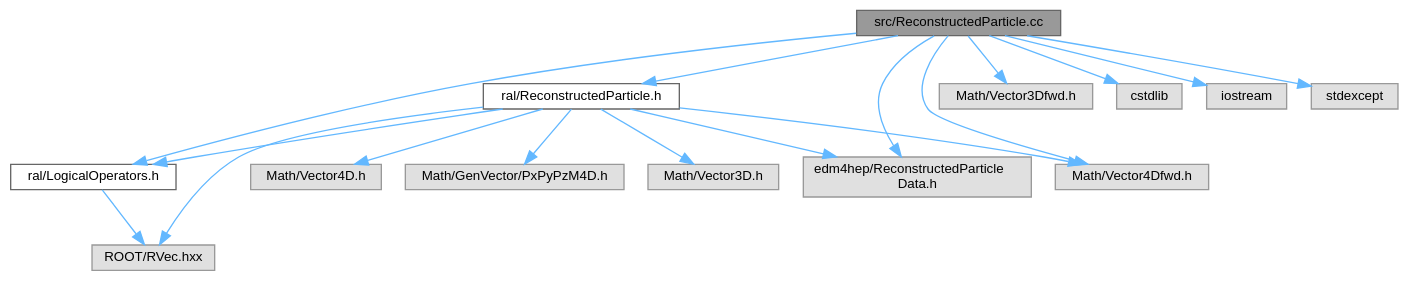
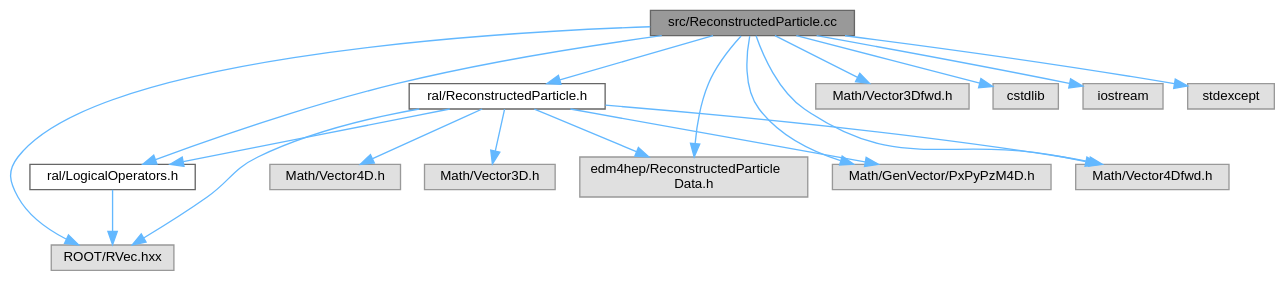
Before and after one commit to Juanki0396/ral: the diagram in docs/ReconstructedParticle_8cc__incl.dot, drawn with Graphviz. The commit also changed 9 other files, not shown here.

```diff
--- a/docs/ReconstructedParticle_8cc__incl.dot
+++ b/docs/ReconstructedParticle_8cc__incl.dot
@@ -1,36 +1,38 @@
 digraph "src/ReconstructedParticle.cc"
 {
  // LATEX_PDF_SIZE
   bgcolor="transparent";
   edge [fontname=Helvetica,fontsize=10,labelfontname=Helvetica,labelfontsize=10];
   node [fontname=Helvetica,fontsize=10,shape=box,height=0.2,width=0.4];
   Node1 [id="Node000001",label="src/ReconstructedParticle.cc",height=0.2,width=0.4,color="gray40", fillcolor="grey60", style="filled", fontcolor="black",tooltip=" "];
   Node1 -> Node2 [id="edge1_Node000001_Node000002",color="steelblue1",style="solid",tooltip=" "];
   Node2 [id="Node000002",label="ral/ReconstructedParticle.h",height=0.2,width=0.4,color="grey40", fillcolor="white", style="filled",URL="$ReconstructedParticle_8h.html",tooltip=" "];
   Node2 -> Node3 [id="edge2_Node000002_Node000003",color="steelblue1",style="solid",tooltip=" "];
   Node3 [id="Node000003",label="Math/Vector3D.h",height=0.2,width=0.4,color="grey60", fillcolor="#E0E0E0", style="filled",tooltip=" "];
   Node2 -> Node4 [id="edge3_Node000002_Node000004",color="steelblue1",style="solid",tooltip=" "];
   Node4 [id="Node000004",label="Math/Vector4D.h",height=0.2,width=0.4,color="grey60", fillcolor="#E0E0E0", style="filled",tooltip=" "];
   Node2 -> Node5 [id="edge4_Node000002_Node000005",color="steelblue1",style="solid",tooltip=" "];
   Node5 [id="Node000005",label="ROOT/RVec.hxx",height=0.2,width=0.4,color="grey60", fillcolor="#E0E0E0", style="filled",tooltip=" "];
   Node2 -> Node6 [id="edge5_Node000002_Node000006",color="steelblue1",style="solid",tooltip=" "];
   Node6 [id="Node000006",label="edm4hep/ReconstructedParticle\lData.h",height=0.2,width=0.4,color="grey60", fillcolor="#E0E0E0", style="filled",tooltip=" "];
   Node2 -> Node7 [id="edge6_Node000002_Node000007",color="steelblue1",style="solid",tooltip=" "];
   Node7 [id="Node000007",label="ral/LogicalOperators.h",height=0.2,width=0.4,color="grey40", fillcolor="white", style="filled",URL="$LogicalOperators_8h.html",tooltip=" "];
   Node7 -> Node5 [id="edge7_Node000007_Node000005",color="steelblue1",style="solid",tooltip=" "];
   Node2 -> Node8 [id="edge8_Node000002_Node000008",color="steelblue1",style="solid",tooltip=" "];
   Node8 [id="Node000008",label="Math/GenVector/PxPyPzM4D.h",height=0.2,width=0.4,color="grey60", fillcolor="#E0E0E0", style="filled",tooltip=" "];
   Node2 -> Node9 [id="edge9_Node000002_Node000009",color="steelblue1",style="solid",tooltip=" "];
   Node9 [id="Node000009",label="Math/Vector4Dfwd.h",height=0.2,width=0.4,color="grey60", fillcolor="#E0E0E0", style="filled",tooltip=" "];
   Node1 -> Node7 [id="edge10_Node000001_Node000007",color="steelblue1",style="solid",tooltip=" "];
-  Node1 -> Node10 [id="edge11_Node000001_Node000010",color="steelblue1",style="solid",tooltip=" "];
+  Node1 -> Node8 [id="edge11_Node000001_Node000008",color="steelblue1",style="solid",tooltip=" "];
+  Node1 -> Node10 [id="edge12_Node000001_Node000010",color="steelblue1",style="solid",tooltip=" "];
   Node10 [id="Node000010",label="Math/Vector3Dfwd.h",height=0.2,width=0.4,color="grey60", fillcolor="#E0E0E0", style="filled",tooltip=" "];
-  Node1 -> Node9 [id="edge12_Node000001_Node000009",color="steelblue1",style="solid",tooltip=" "];
-  Node1 -> Node11 [id="edge13_Node000001_Node000011",color="steelblue1",style="solid",tooltip=" "];
+  Node1 -> Node9 [id="edge13_Node000001_Node000009",color="steelblue1",style="solid",tooltip=" "];
+  Node1 -> Node5 [id="edge14_Node000001_Node000005",color="steelblue1",style="solid",tooltip=" "];
+  Node1 -> Node11 [id="edge15_Node000001_Node000011",color="steelblue1",style="solid",tooltip=" "];
   Node11 [id="Node000011",label="cstdlib",height=0.2,width=0.4,color="grey60", fillcolor="#E0E0E0", style="filled",tooltip=" "];
-  Node1 -> Node6 [id="edge14_Node000001_Node000006",color="steelblue1",style="solid",tooltip=" "];
-  Node1 -> Node12 [id="edge15_Node000001_Node000012",color="steelblue1",style="solid",tooltip=" "];
+  Node1 -> Node6 [id="edge16_Node000001_Node000006",color="steelblue1",style="solid",tooltip=" "];
+  Node1 -> Node12 [id="edge17_Node000001_Node000012",color="steelblue1",style="solid",tooltip=" "];
   Node12 [id="Node000012",label="iostream",height=0.2,width=0.4,color="grey60", fillcolor="#E0E0E0", style="filled",tooltip=" "];
-  Node1 -> Node13 [id="edge16_Node000001_Node000013",color="steelblue1",style="solid",tooltip=" "];
+  Node1 -> Node13 [id="edge18_Node000001_Node000013",color="steelblue1",style="solid",tooltip=" "];
   Node13 [id="Node000013",label="stdexcept",height=0.2,width=0.4,color="grey60", fillcolor="#E0E0E0", style="filled",tooltip=" "];
 }
```
